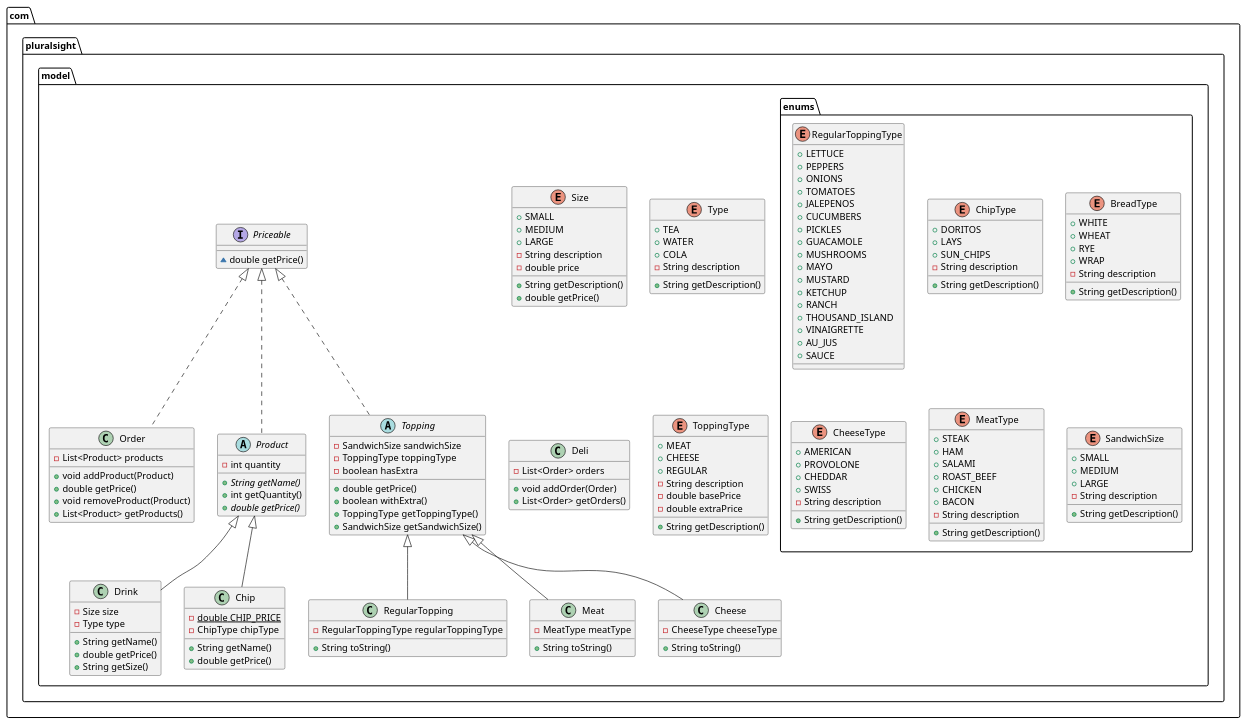
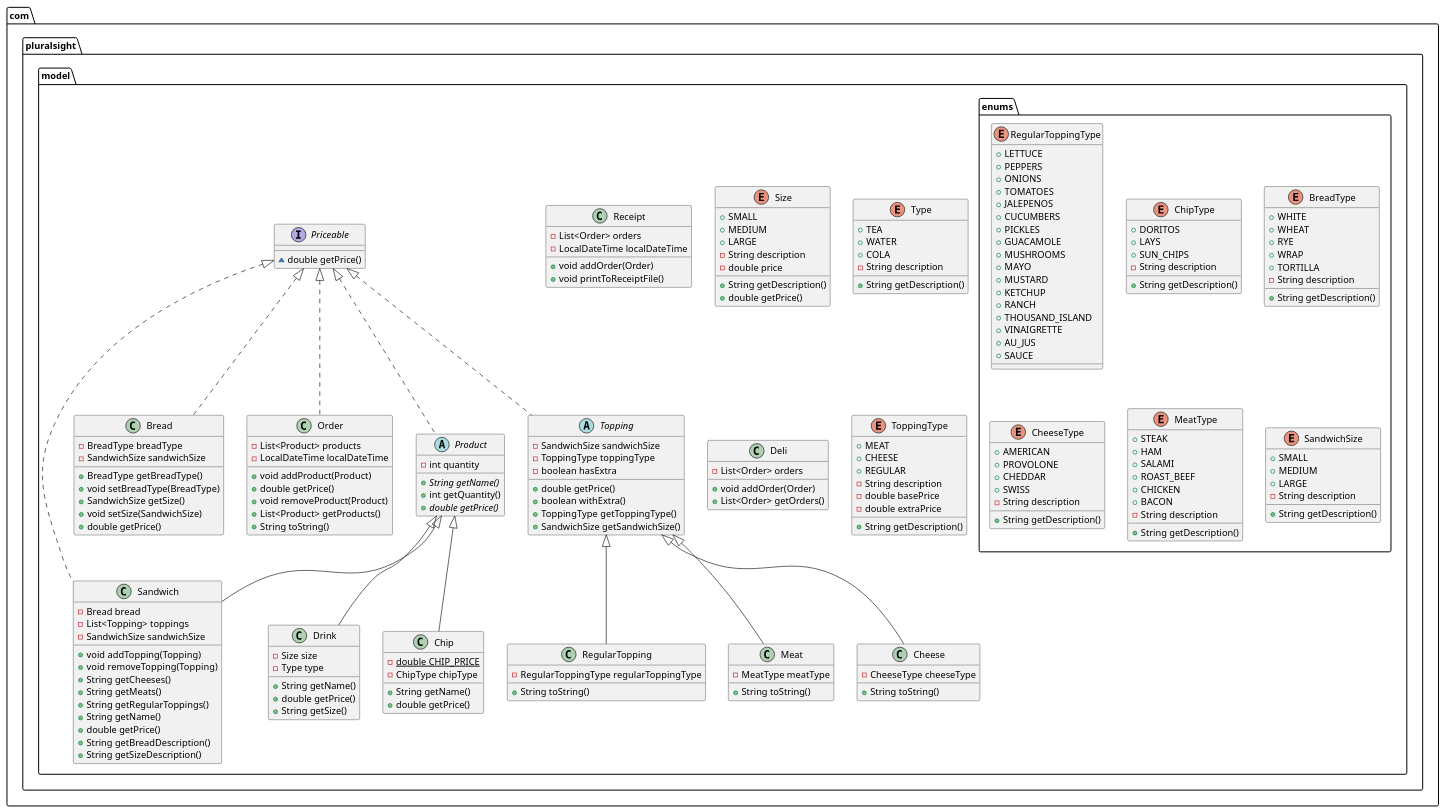
Before and after one commit to poteatc/Deli-cious: the diagram in model-diagram.puml, drawn with PlantUML. The commit also changed 5 other files, not shown here.

```diff
--- a/model-diagram.puml
+++ b/model-diagram.puml
@@ -2,6 +2,30 @@
 class com.pluralsight.model.RegularTopping {
 - RegularToppingType regularToppingType
 + String toString()
+}
+
+
+class com.pluralsight.model.Sandwich {
+- Bread bread
+- List<Topping> toppings
+- SandwichSize sandwichSize
++ void addTopping(Topping)
++ void removeTopping(Topping)
++ String getCheeses()
++ String getMeats()
++ String getRegularToppings()
++ String getName()
++ double getPrice()
++ String getBreadDescription()
++ String getSizeDescription()
+}
+
+
+class com.pluralsight.model.Receipt {
+- List<Order> orders
+- LocalDateTime localDateTime
++ void addOrder(Order)
++ void printToReceiptFile()
 }
 
 
@@ -87,8 +111,20 @@
 +  WHEAT
 +  RYE
 +  WRAP
++  TORTILLA
 - String description
 + String getDescription()
+}
+
+
+class com.pluralsight.model.Bread {
+- BreadType breadType
+- SandwichSize sandwichSize
++ BreadType getBreadType()
++ void setBreadType(BreadType)
++ SandwichSize getSize()
++ void setSize(SandwichSize)
++ double getPrice()
 }
 
 
@@ -116,10 +152,12 @@
 
 class com.pluralsight.model.Order {
 - List<Product> products
+- LocalDateTime localDateTime
 + void addProduct(Product)
 + double getPrice()
 + void removeProduct(Product)
 + List<Product> getProducts()
++ String toString()
 }
 
 
@@ -177,9 +215,12 @@
 
 
 com.pluralsight.model.Topping <|-- com.pluralsight.model.RegularTopping
+com.pluralsight.model.Priceable <|.. com.pluralsight.model.Sandwich
+com.pluralsight.model.Product <|-- com.pluralsight.model.Sandwich
 com.pluralsight.model.Topping <|-- com.pluralsight.model.Meat
 com.pluralsight.model.Topping <|-- com.pluralsight.model.Cheese
 com.pluralsight.model.Product <|-- com.pluralsight.model.Drink
+com.pluralsight.model.Priceable <|.. com.pluralsight.model.Bread
 com.pluralsight.model.Priceable <|.. com.pluralsight.model.Order
 com.pluralsight.model.Priceable <|.. com.pluralsight.model.Product
 com.pluralsight.model.Product <|-- com.pluralsight.model.Chip
```
